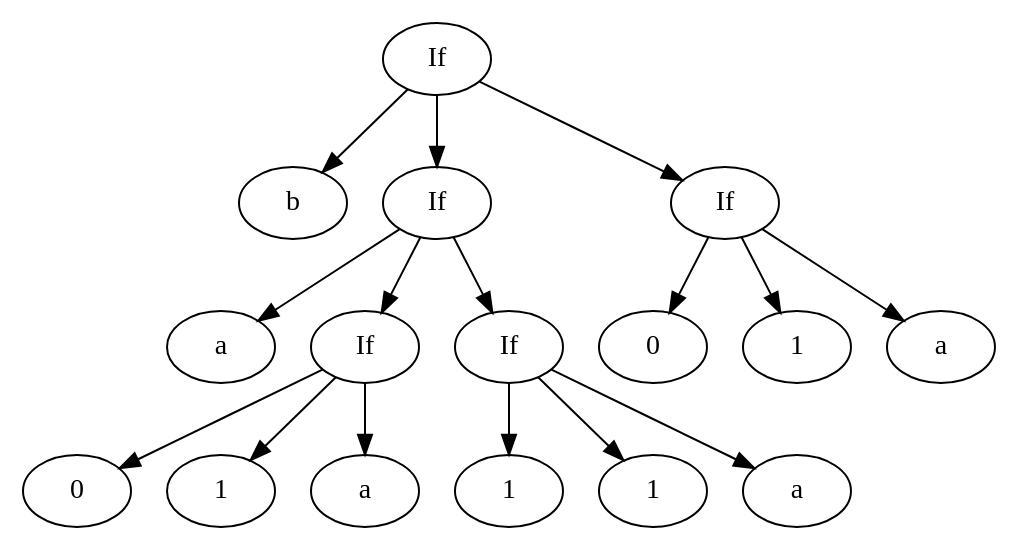
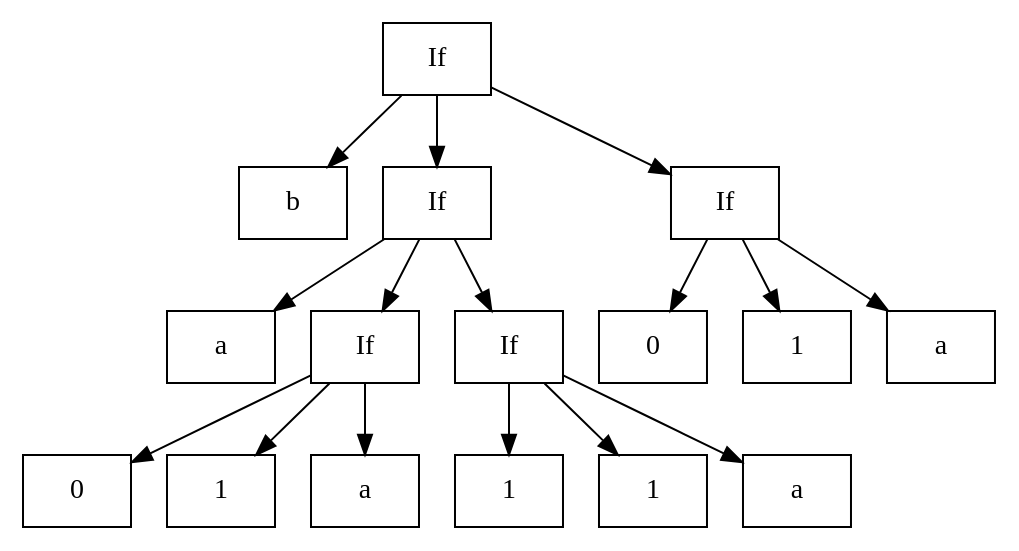
Before and after one commit to chathamabate/youtube-misc: the diagram in boolreduce/graphs/eval0.gv, drawn with Graphviz. The commit also changed 17 other files, not shown here.

```diff
--- a/boolreduce/graphs/eval0.gv
+++ b/boolreduce/graphs/eval0.gv
@@ -1,35 +1,36 @@
 
 // Norm.
 digraph G {
+    node [shape="box"]
     n0 [label="If"];
     n0 -> n1;
     n1 [label="b"];
     n0 -> n2;
     n2 [label="If"];
     n2 -> n3;
     n3 [label="a"];
     n2 -> n4;
     n4 [label="If"];
     n4 -> n5;
     n5 [label="0"];
     n4 -> n6;
     n6 [label="1"];
     n4 -> n7;
     n7 [label="a"];
     n2 -> n8;
     n8 [label="If"];
     n8 -> n9;
     n9 [label="1"];
     n8 -> n10;
     n10 [label="1"];
     n8 -> n11;
     n11 [label="a"];
     n0 -> n12;
     n12 [label="If"];
     n12 -> n13;
     n13 [label="0"];
     n12 -> n14;
     n14 [label="1"];
     n12 -> n15;
     n15 [label="a"];
 }
```
